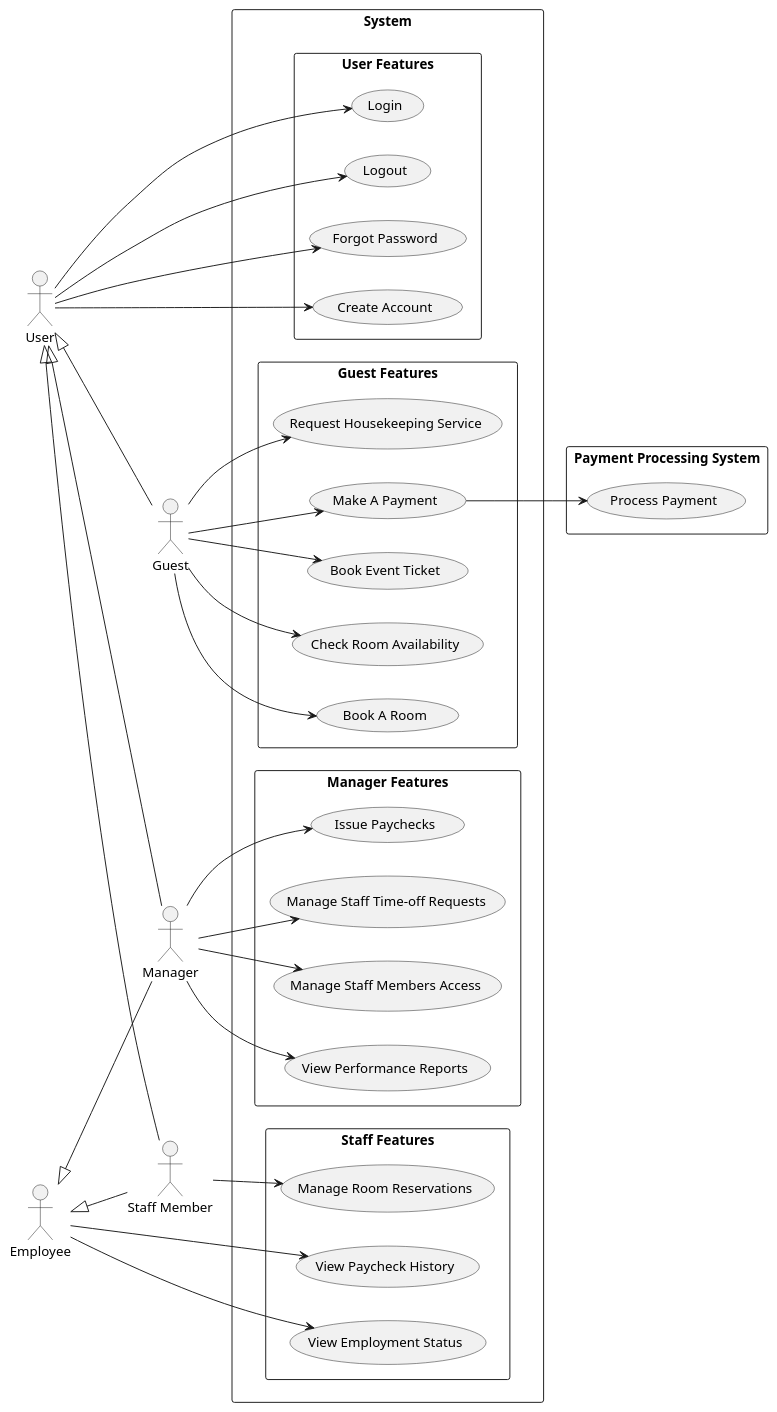
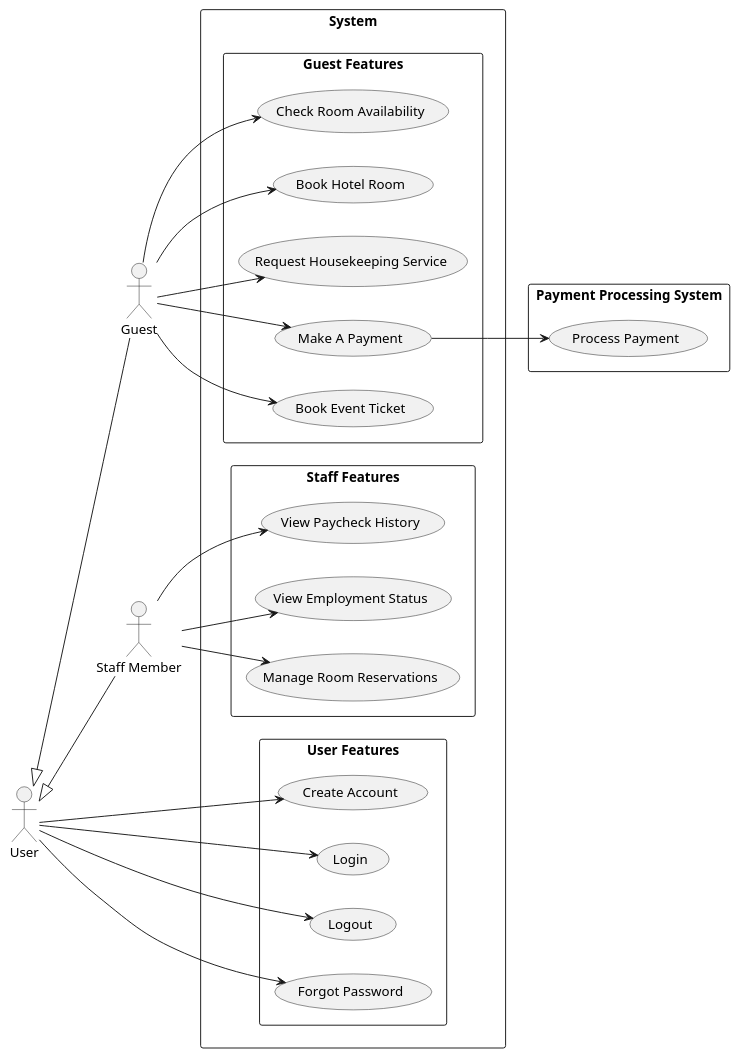
One commit to shahdhoss/hotel_mgmt_system changed the diagram in hotel_mgmt_sys/docs/use_cases/UseCaseDiagram.puml. Above: the diagram before and after it, drawn with PlantUML. The commit also changed 2 other files, not shown here.

```diff
--- a/hotel_mgmt_sys/docs/use_cases/UseCaseDiagram.puml
+++ b/hotel_mgmt_sys/docs/use_cases/UseCaseDiagram.puml
@@ -1,70 +1,54 @@
 @startuml
 left to right direction
 
 actor Guest as guest
-actor Manager as manager
 actor "Staff Member" as staff
 
 User <|-- guest
-User <|-- manager
 User <|-- staff
-
-Employee <|-- staff
-Employee <|-- manager
 
 rectangle "System" as main_system {
     rectangle "User Features" {
         usecase "Create Account" as uc1
         usecase "Login" as uc2
         usecase "Logout" as uc3
         usecase "Forgot Password" as uc4
     }
 
     rectangle "Staff Features" {
         usecase "View Paycheck History" as uc5
         usecase "View Employment Status" as uc6
         usecase "Manage Room Reservations" as uc7
     }
 
-    rectangle "Manager Features" {
-        usecase "Issue Paychecks" as uc8
-        usecase "Manage Staff Time-off Requests" as uc9
-        usecase "Manage Staff Members Access" as uc10
-        usecase "View Performance Reports" as uc11
-    }
 
     rectangle "Guest Features" {
         usecase "Check Room Availability" as uc12
-        usecase "Book A Room" as uc13
+        usecase "Book Hotel Room" as uc13
         usecase "Request Housekeeping Service" as uc14
         usecase "Make A Payment" as uc15
         usecase "Book Event Ticket" as uc16
     }
 }
 
 rectangle "Payment Processing System" as pps {
     usecase "Process Payment" as uc_payment
 }
 
 User --> uc1
 User --> uc2
 User --> uc3
 User --> uc4
 
-Employee --> uc5
-Employee --> uc6
+staff --> uc5
+staff--> uc6
 staff --> uc7
-
-manager --> uc8
-manager --> uc9
-manager --> uc10
-manager --> uc11
 
 guest --> uc12
 guest --> uc13
 guest --> uc14
 guest --> uc15
 guest --> uc16
 
 uc15 --> uc_payment
 @enduml
```
